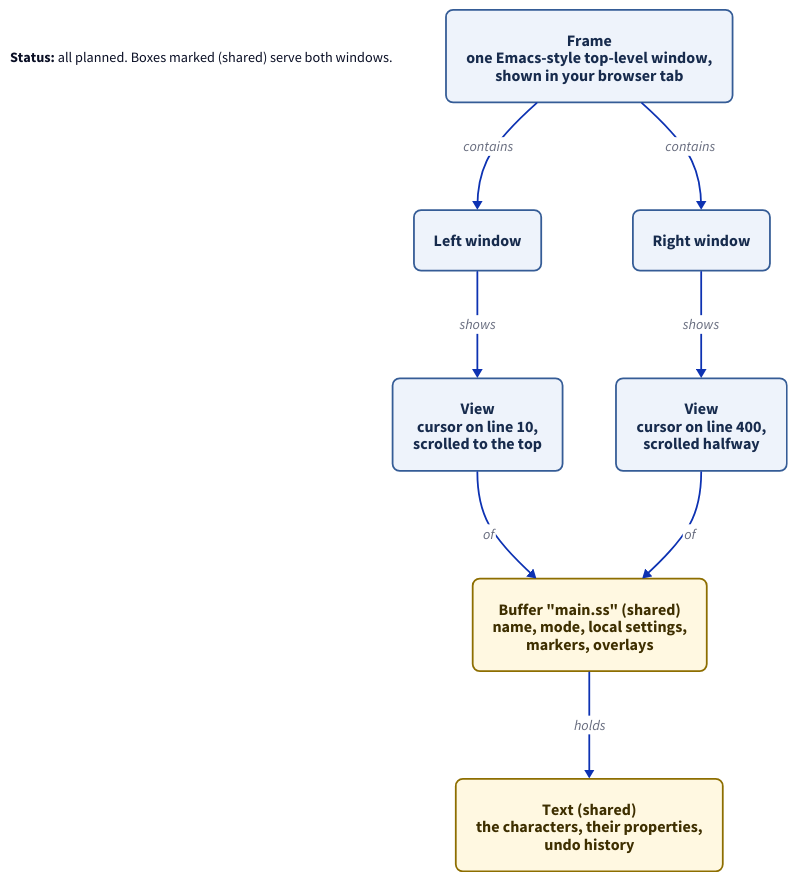
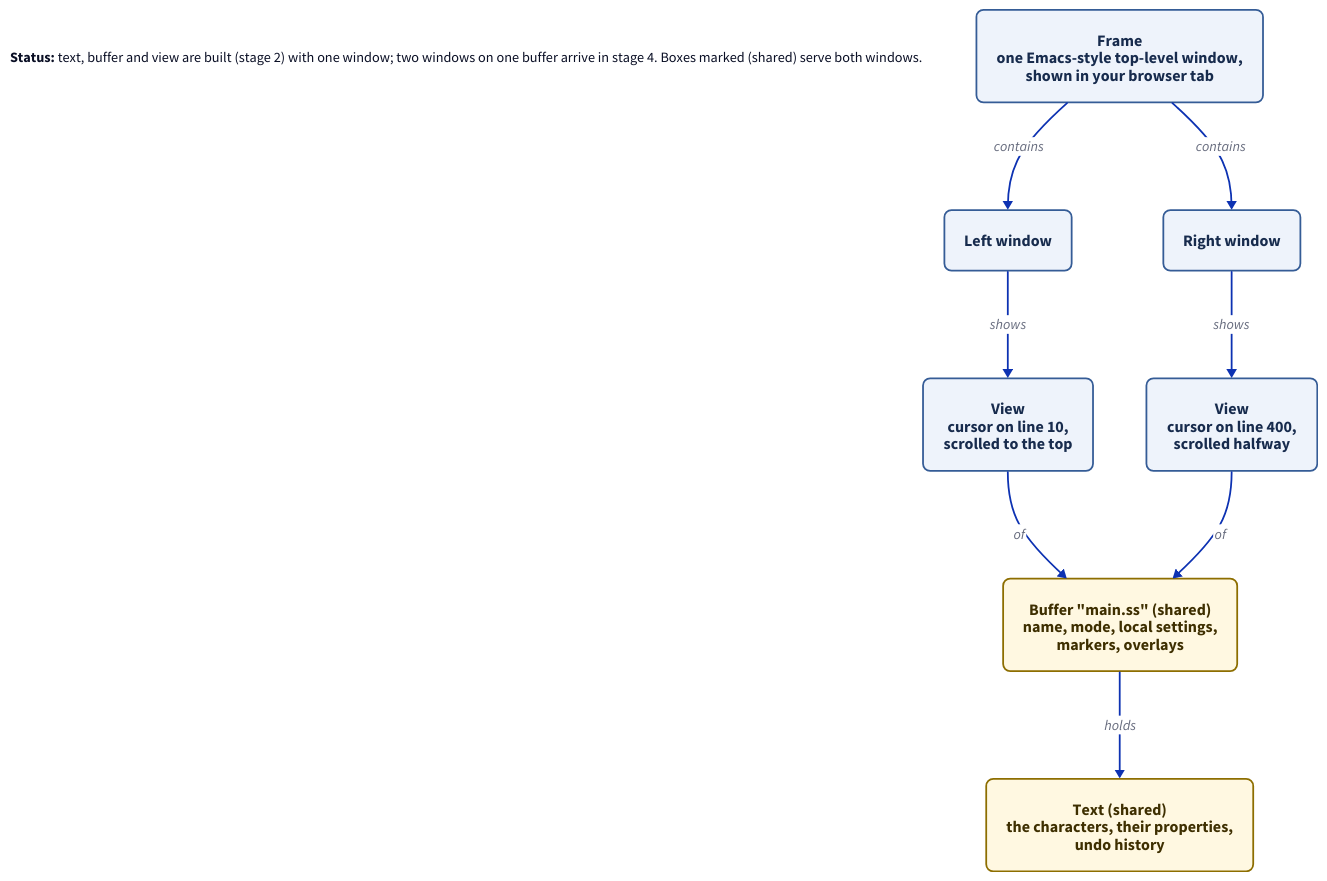
One commit to jaybonthius/tuna changed the diagram in docs/diagrams/who-owns-what.d2. Above: the diagram before and after it, drawn with D2. The commit also changed 6 other files, not shown here.

```diff
--- a/docs/diagrams/who-owns-what.d2
+++ b/docs/diagrams/who-owns-what.d2
@@ -1,53 +1,54 @@
 # Two windows showing the same file: what is shared and what is separate?
 vars: {
   d2-config: {
     layout-engine: dagre
     theme-id: 0
   }
 }
 direction: down
 
 classes: {
   part: {
     style: {
       fill: "#eef3fb"
       stroke: "#355c96"
       font-color: "#172b4d"
       border-radius: 8
       font-size: 18
     }
   }
   shared: {
     style: {
       fill: "#fff8e1"
       stroke: "#8d6e00"
       font-color: "#3e2f00"
       border-radius: 8
       font-size: 18
     }
   }
 }
 
 legend: |md
-  **Status:** all planned.
+  **Status:** text, buffer and view are built (stage 2) with one window;
+  two windows on one buffer arrive in stage 4.
   Boxes marked (shared) serve both windows.
 |
 
 frame: Frame\none Emacs-style top-level window,\nshown in your browser tab {class: part}
 
 lwin: Left window {class: part}
 rwin: Right window {class: part}
 
 lview: View\ncursor on line 10,\nscrolled to the top {class: part}
 rview: View\ncursor on line 400,\nscrolled halfway {class: part}
 
 buffer: Buffer "main.ss" (shared)\nname, mode, local settings,\nmarkers, overlays {class: shared}
 text: Text (shared)\nthe characters, their properties,\nundo history {class: shared}
 
 frame -> lwin: contains
 frame -> rwin: contains
 lwin -> lview: shows
 rwin -> rview: shows
 lview -> buffer: of
 rview -> buffer: of
 buffer -> text: holds
```
